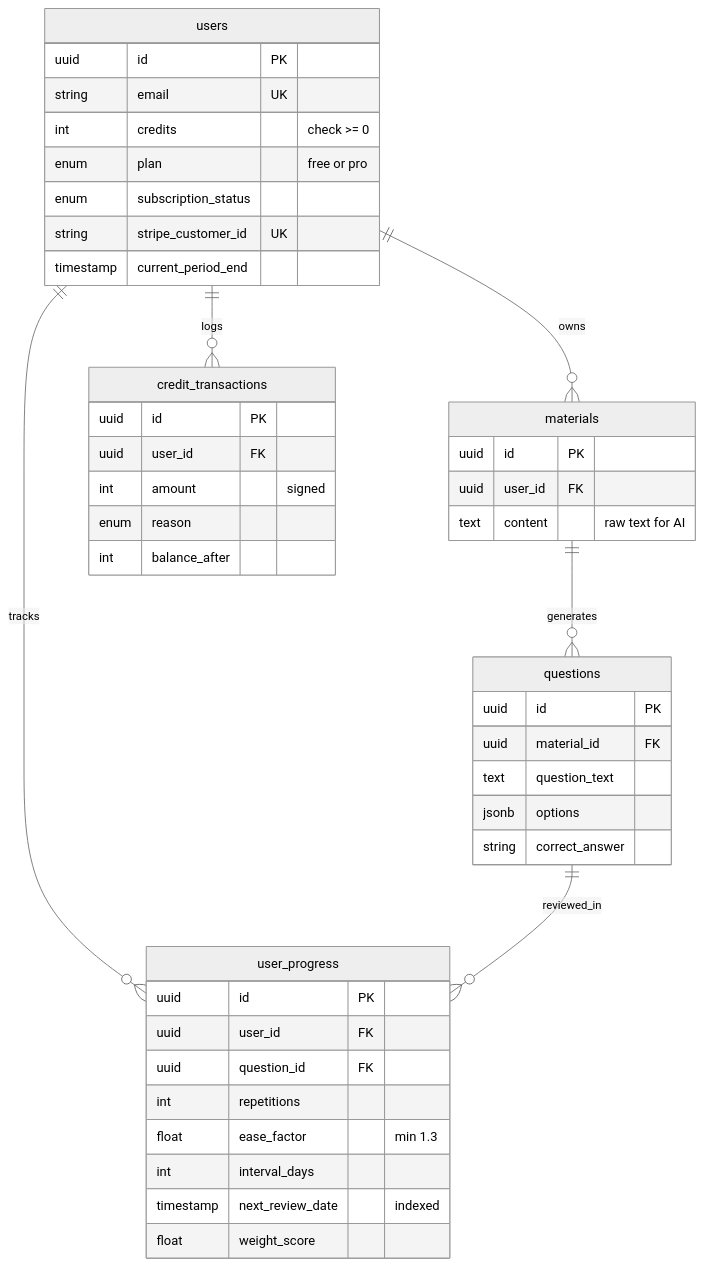
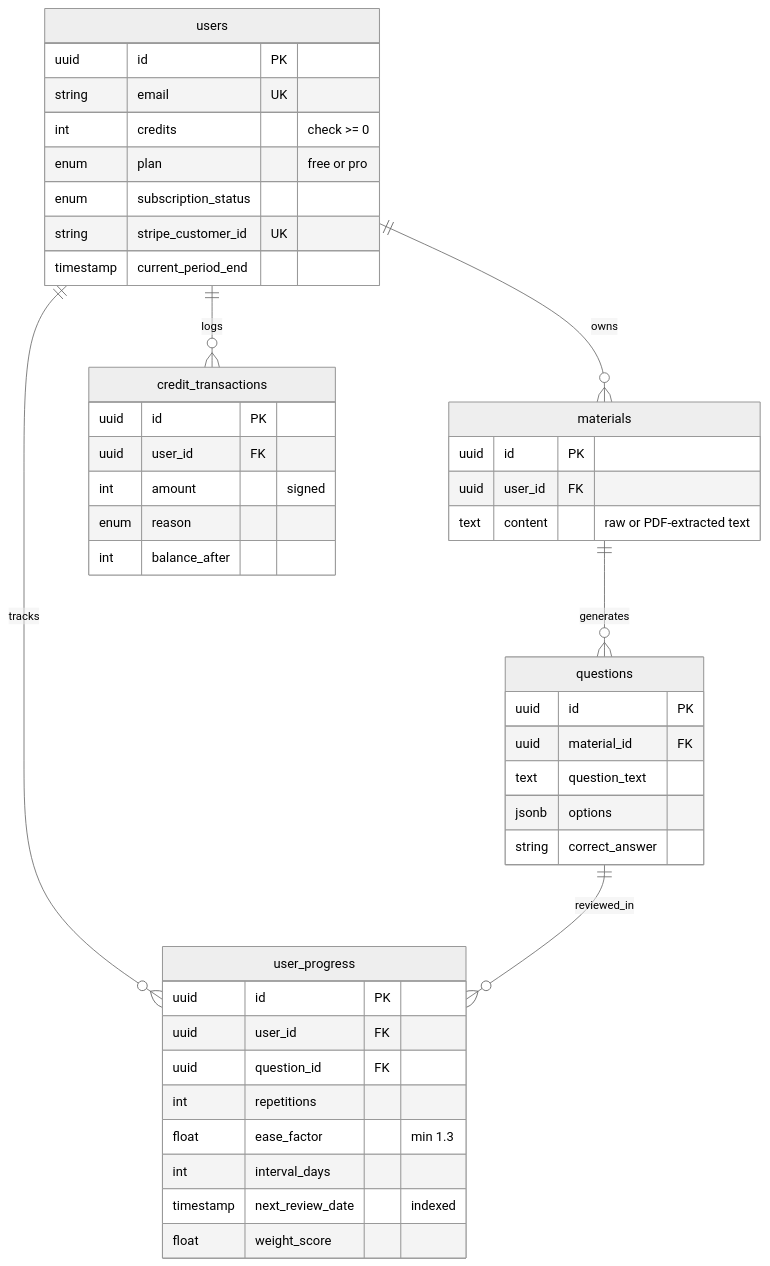
One commit to adityaaryas182/smart-study-saas changed the first of 2 diagrams in README.md. Above: the diagram before and after it, drawn with Mermaid (neutral theme). The commit also changed other lines of this file, not shown here.

Commit message:
Update README: PDF upload, SM-2 rating, and expanded design rationale

````diff
--- a/README.md
+++ b/README.md
@@ -55,47 +59,47 @@
 ```mermaid
 erDiagram
     users ||--o{ materials : "owns"
     users ||--o{ user_progress : "tracks"
     users ||--o{ credit_transactions : "logs"
     materials ||--o{ questions : "generates"
     questions ||--o{ user_progress : "reviewed_in"
 
     users {
         uuid id PK
         string email UK
         int credits "check >= 0"
         enum plan "free or pro"
         enum subscription_status
         string stripe_customer_id UK
         timestamp current_period_end
     }
     materials {
         uuid id PK
         uuid user_id FK
-        text content "raw text for AI"
+        text content "raw or PDF-extracted text"
     }
     questions {
         uuid id PK
         uuid material_id FK
         text question_text
         jsonb options
         string correct_answer
     }
     user_progress {
         uuid id PK
         uuid user_id FK
         uuid question_id FK
         int repetitions
         float ease_factor "min 1.3"
         int interval_days
         timestamp next_review_date "indexed"
         float weight_score
     }
     credit_transactions {
         uuid id PK
         uuid user_id FK
         int amount "signed"
         enum reason
         int balance_after
     }
 ```
````
